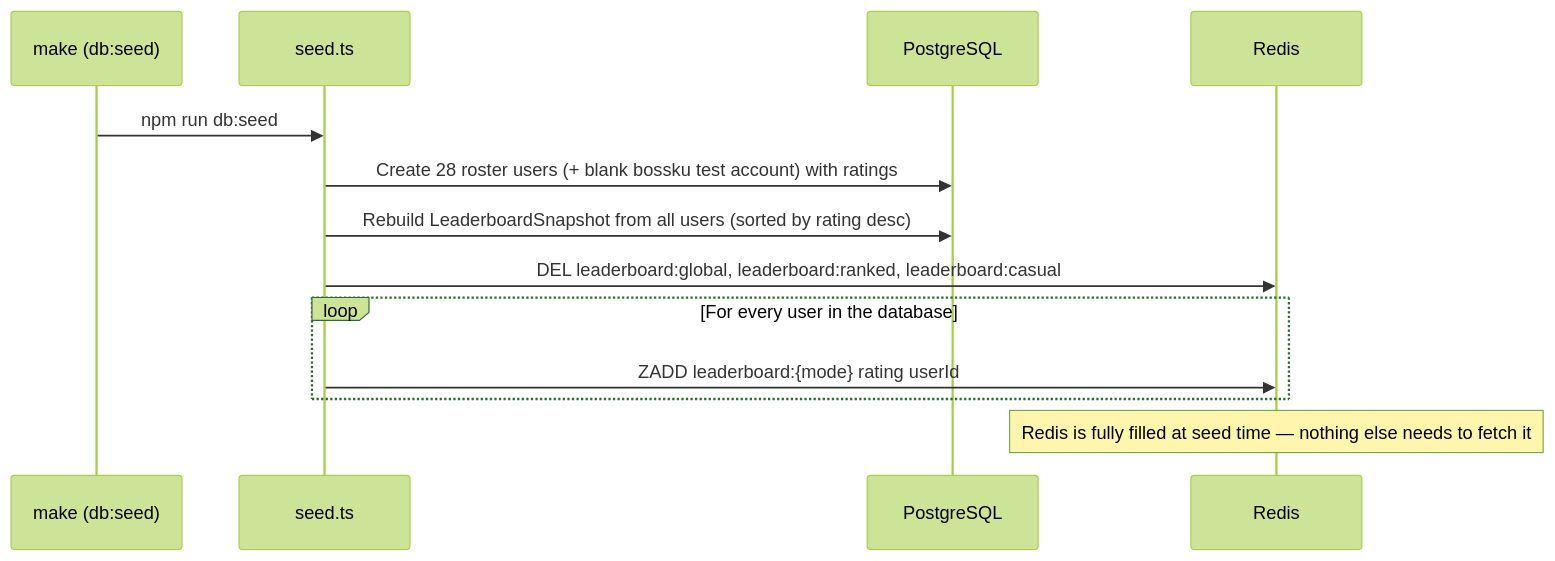
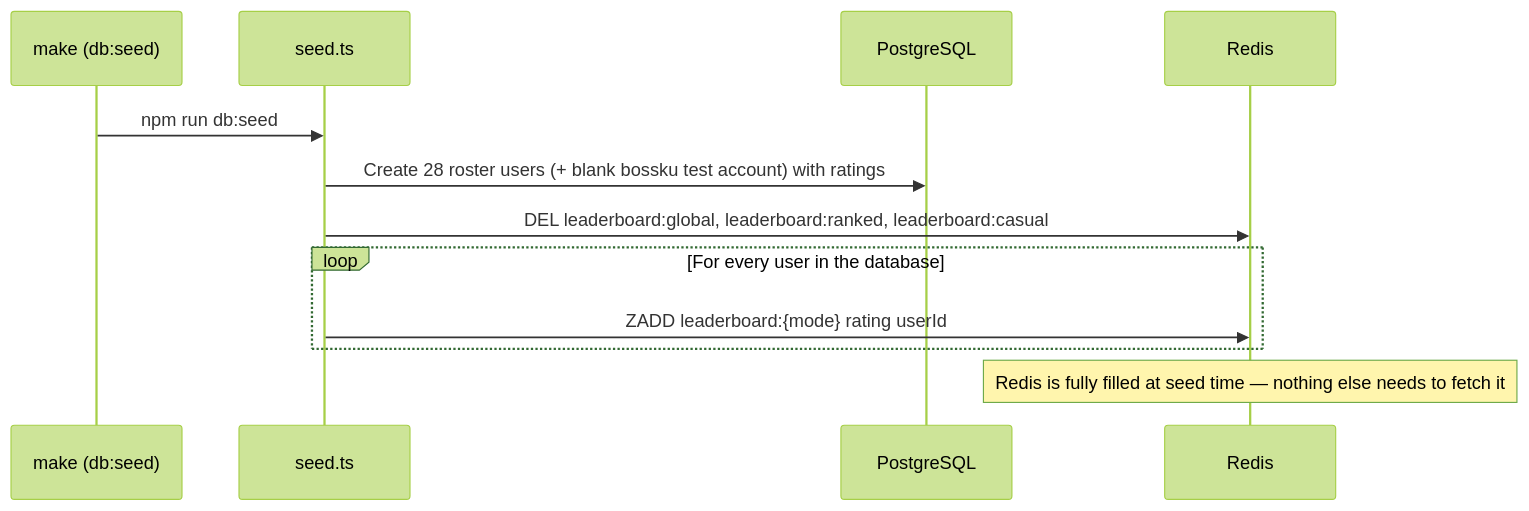
The second of 6 diagrams in docs/backend/backend-leaderboard-module.md (JaxzTan/ft_transcendence), drawn with Mermaid (forest theme) before and after one commit. The commit also changed other lines of this file and 14 other files, not shown here.

Commit message:
Refactor: Removed Leaderboard snapshot to Postgres

````diff
--- a/docs/backend/backend-leaderboard-module.md
+++ b/docs/backend/backend-leaderboard-module.md
@@ -111,16 +108,15 @@
 ```mermaid
 sequenceDiagram
     participant Make as make (db:seed)
     participant Seed as seed.ts
     participant DB as PostgreSQL
     participant R as Redis
 
     Make->>Seed: npm run db:seed
     Seed->>DB: Create 28 roster users (+ blank bossku test account) with ratings
-    Seed->>DB: Rebuild LeaderboardSnapshot from all users (sorted by rating desc)
     Seed->>R: DEL leaderboard:global, leaderboard:ranked, leaderboard:casual
     loop For every user in the database
         Seed->>R: ZADD leaderboard:{mode} rating userId
     end
     Note over R: Redis is fully filled at seed time — nothing else needs to fetch it
 ```
````
